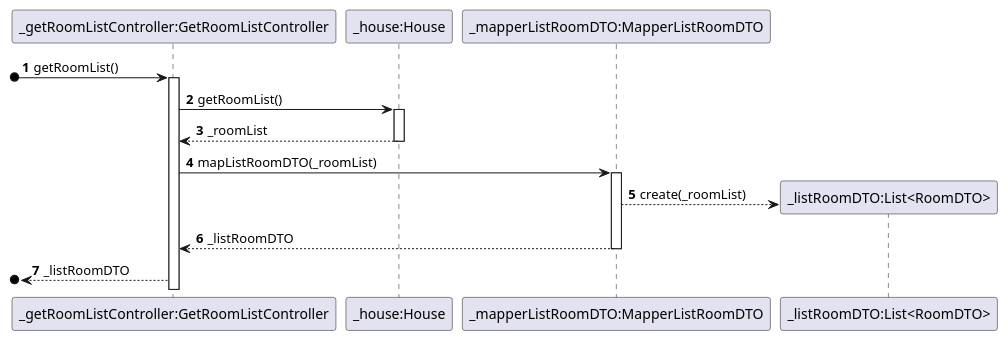
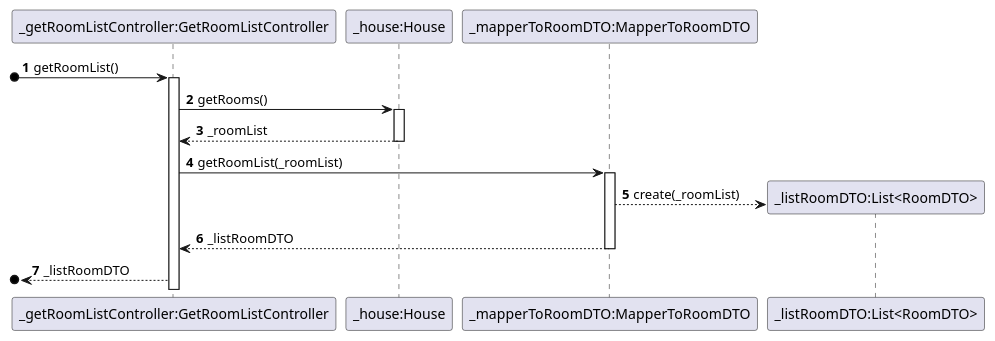
Before and after one commit to ozepedrorodrigues/projetoIntermedio: the diagram in projetoIntermedio/docs/sequence/UseCase03.puml, drawn with PlantUML. The commit also changed 2 other files, not shown here.

```diff
--- a/projetoIntermedio/docs/sequence/UseCase03.puml
+++ b/projetoIntermedio/docs/sequence/UseCase03.puml
@@ -1,25 +1,25 @@
 @startuml
 'https://plantuml.com/sequence-diagram
 
 autonumber
 
 participant "_getRoomListController:GetRoomListController" as C
 participant "_house:House" as H
-participant "_mapperListRoomDTO:MapperListRoomDTO" as M
+participant "_mapperToRoomDTO:MapperToRoomDTO" as M
 participant "_listRoomDTO:List<RoomDTO>" as LRDTO
 
 [o-> C: getRoomList()
 activate C
-C -> H: getRoomList()
+C -> H: getRooms()
 activate H
 H-->C: _roomList
 deactivate H
-C -> M: mapListRoomDTO(_roomList)
+C -> M: getRoomList(_roomList)
 activate M
 M-->LRDTO**:create(_roomList)
 M-->C: _listRoomDTO
 deactivate M
 [o<--C: _listRoomDTO
 
 
 @enduml
```
